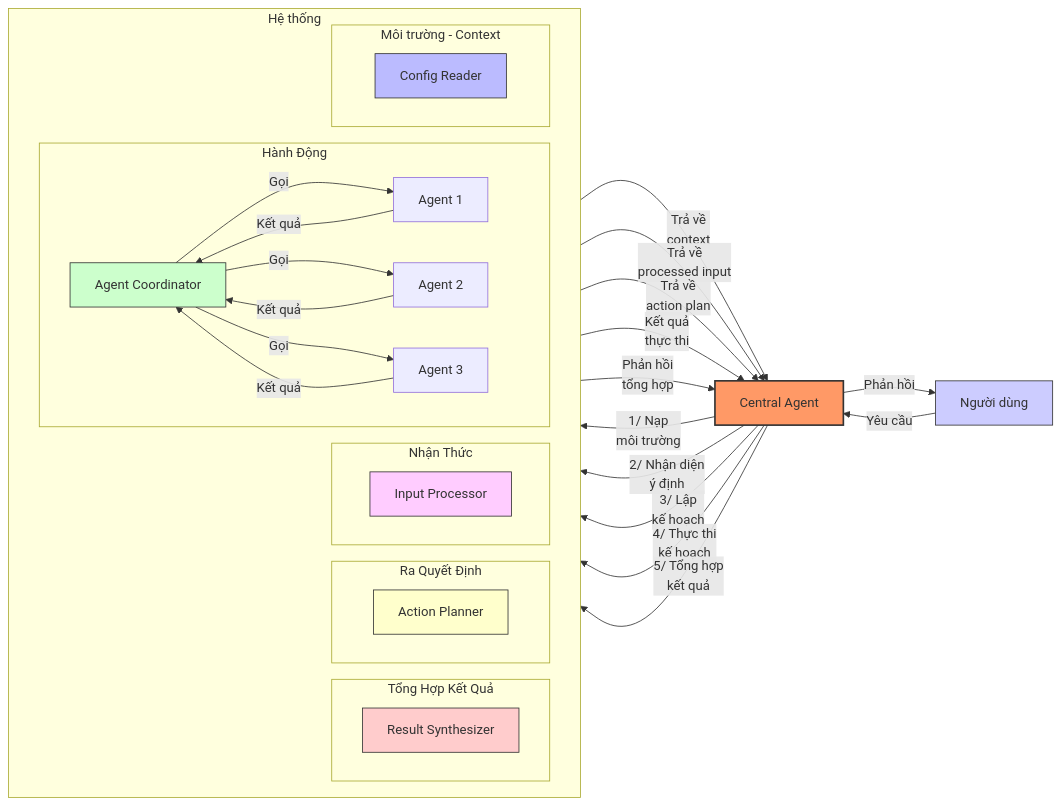
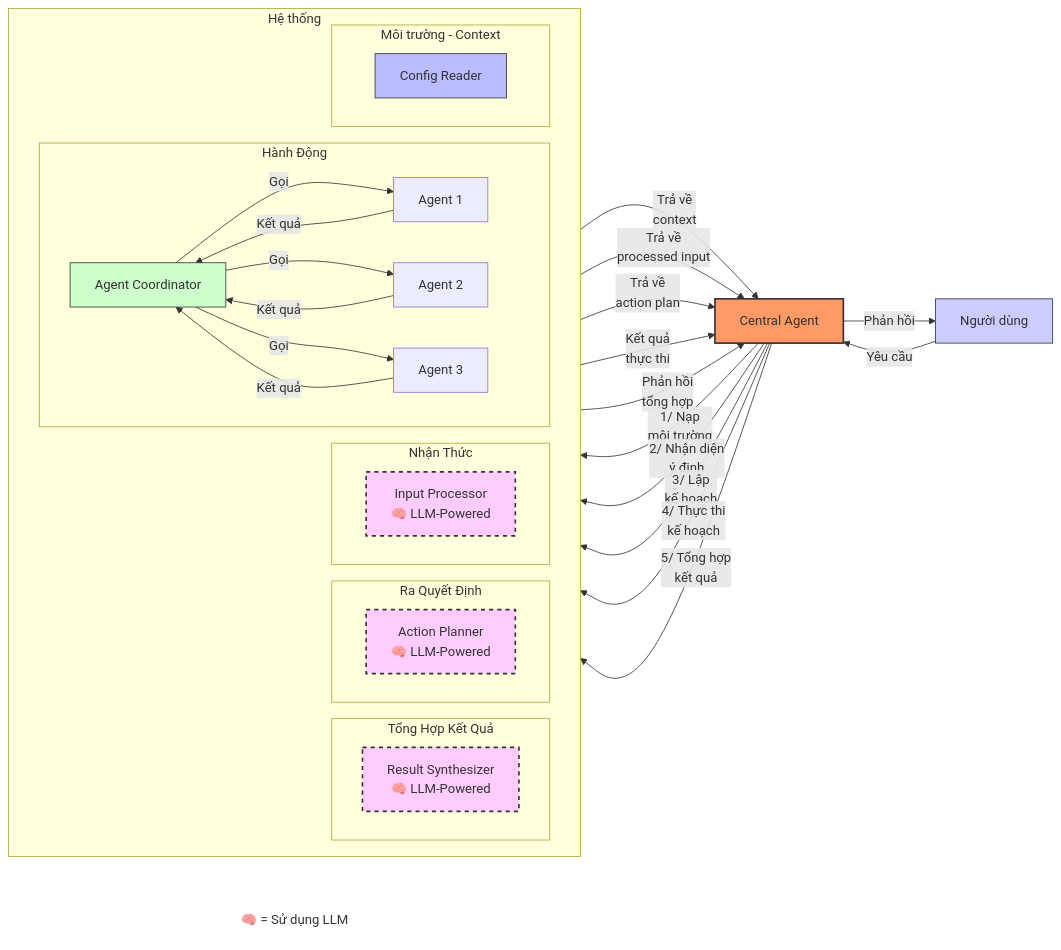
Before and after one commit to phuc-nt/dev_assist_agent: the sixth of 13 diagrams in docs/presentations/ai_agent_development_guide.md, drawn with Mermaid. The commit also changed other lines of this file, not shown here.

````diff
--- a/docs/presentations/ai_agent_development_guide.md
+++ b/docs/presentations/ai_agent_development_guide.md
@@ -141,61 +142,65 @@
 ```mermaid
 graph LR
     User[Người dùng] -->|Yêu cầu| CA[Central Agent]
     
     CA -->|1/ Nạp<br>môi trường| PCR[Config Reader]
     PCR -->|Trả về<br>context| CA
     
-    CA -->|2/ Nhận diện<br>ý định| IP[Input Processor]
+    CA -->|2/ Nhận diện<br>ý định| IP[Input Processor<br>🧠 LLM-Powered]
     IP -->|Trả về<br>processed input| CA
     
-    CA -->|3/ Lập<br>kế hoạch| AP[Action Planner]
+    CA -->|3/ Lập<br>kế hoạch| AP[Action Planner<br>🧠 LLM-Powered]
     AP -->|Trả về<br>action plan| CA
     
     CA -->|4/ Thực thi<br>kế hoạch| AC[Agent Coordinator]
     AC -->|Gọi| A1[Agent 1]
     AC -->|Gọi| A2[Agent 2]
     AC -->|Gọi| A3[Agent 3]
     A1 -->|Kết quả| AC
     A2 -->|Kết quả| AC
     A3 -->|Kết quả| AC
     AC -->|Kết quả<br>thực thi| CA
     
-    CA -->|5/ Tổng hợp<br>kết quả| RS[Result Synthesizer]
+    CA -->|5/ Tổng hợp<br>kết quả| RS[Result Synthesizer<br>🧠 LLM-Powered]
     RS -->|Phản hồi<br>tổng hợp| CA
     
     CA -->|Phản hồi| User
     
     subgraph Hệ thống
         direction LR
         subgraph "Tổng Hợp Kết Quả"
             RS
         end
 
         subgraph "Hành Động"
             AC
             A1
             A2
             A3
         end
 
         subgraph "Ra Quyết Định"
             AP
         end
 
         subgraph "Nhận Thức"
             IP
         end
 
         subgraph "Môi trường - Context"
             PCR
         end
     end
     
+    classDef llmPowered fill:#fcf,stroke:#333,stroke-width:2px,stroke-dasharray: 5 5
+    class IP,AP,RS llmPowered
+    
     style CA fill:#f96,stroke:#333,stroke-width:2px
     style PCR fill:#bbf,stroke:#333
-    style IP fill:#fcf,stroke:#333
-    style AP fill:#ffc,stroke:#333
     style AC fill:#cfc,stroke:#333
-    style RS fill:#fcc,stroke:#333
     style User fill:#ccf,stroke:#333
+    
+    %% Chú thích
+    LLM[🧠 = Sử dụng LLM]
+    style LLM fill:none,stroke:none
 ```
````
